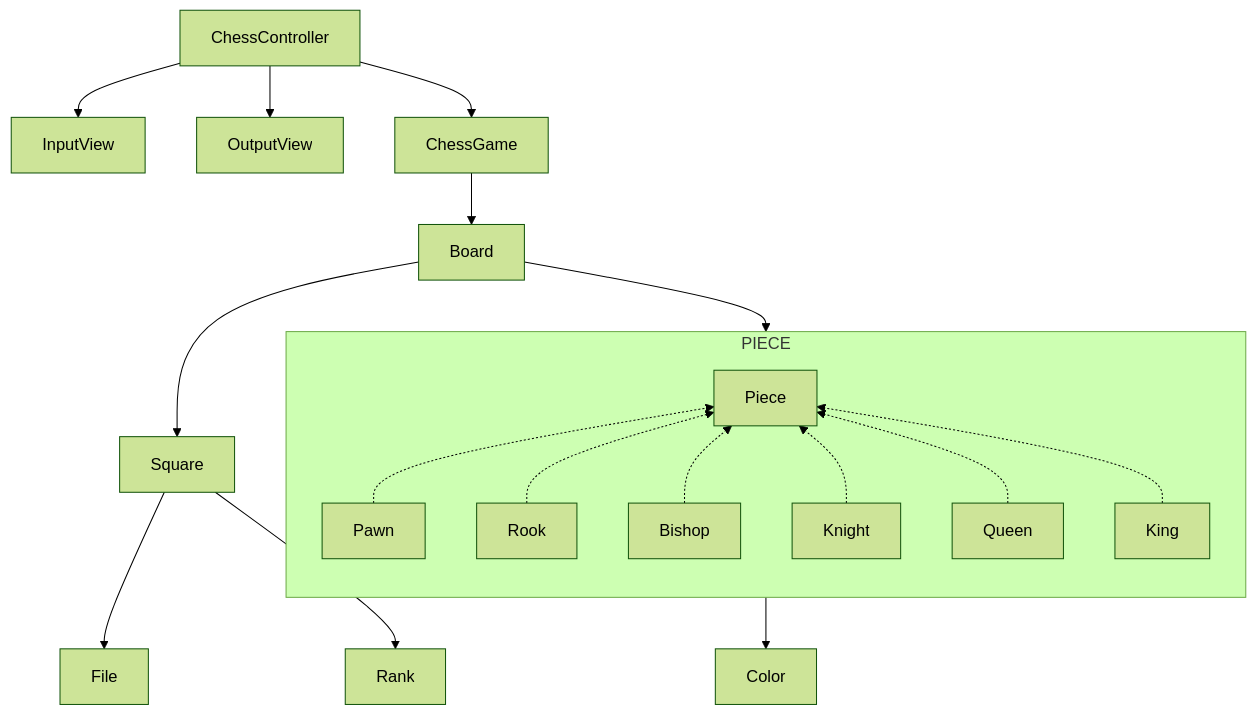
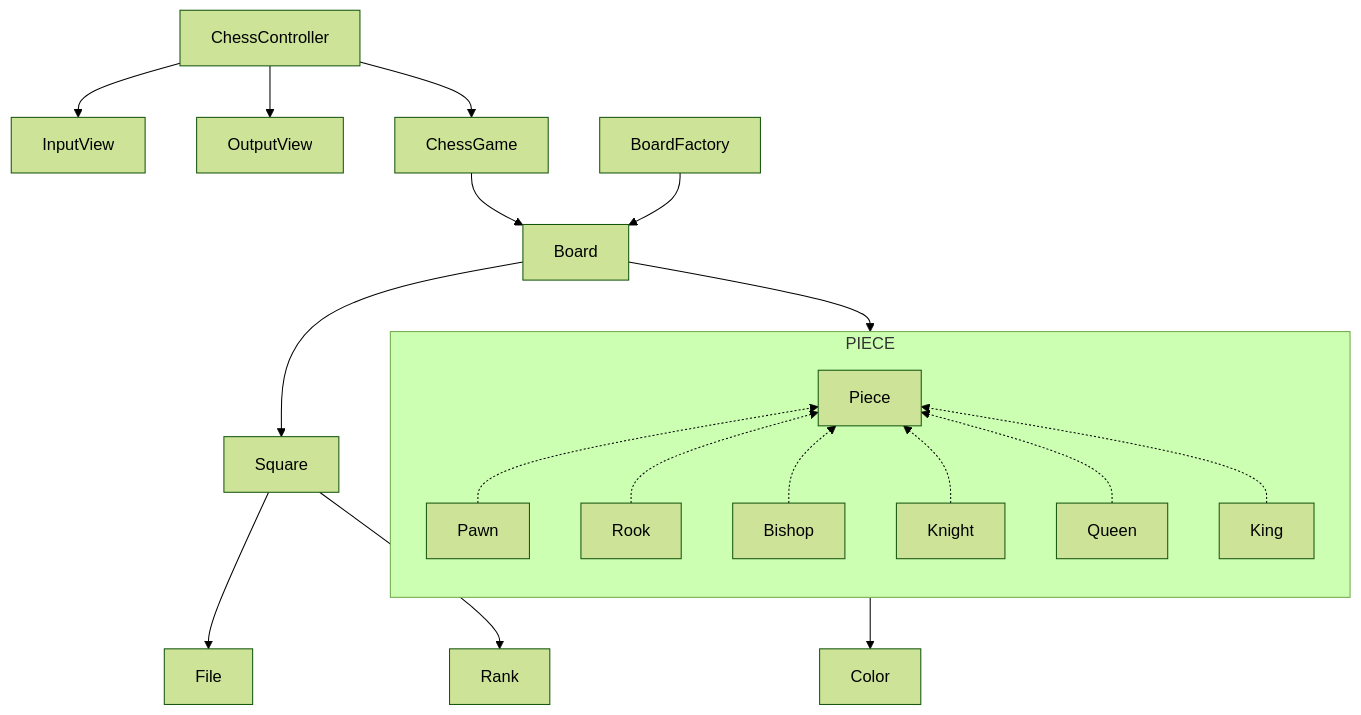
One commit to woowacourse/java-chess changed the diagram in src/docs/README.md. Above: the diagram before and after it, drawn with Mermaid (forest theme). The commit also changed 16 other files, not shown here.

````diff
--- a/src/docs/README.md
+++ b/src/docs/README.md
@@ -3,26 +3,28 @@
 ```mermaid
 graph TD
     ChessController --> InputView
     ChessController --> OutputView
 
     ChessController --> ChessGame
     ChessGame --> Board
 
     Square --> File
     Square --> Rank
+    
+    BoardFactory --> Board
 
     Board --> Square
     Board --> PIECE
 
     PIECE --> Color
 
     subgraph PIECE
         direction BT
         Pawn -.-> Piece
         Rook -.-> Piece
         Bishop -.-> Piece
         Knight -.-> Piece
         Queen -.-> Piece
         King -.-> Piece
     end
 ```
````
